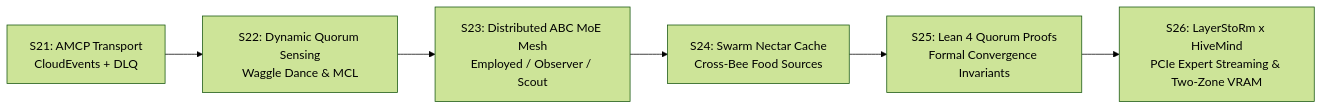
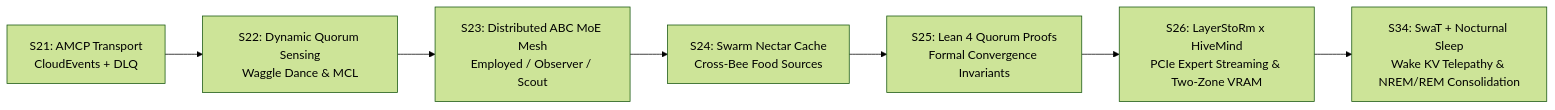
One commit to xaviercallens/HiveMind changed the diagram in docs/ROADMAP_AMCP_AGENT_MESH_KAFKA_EVOLUTION.md. Above: the diagram before and after it, drawn with Mermaid (forest theme). The commit also changed other lines of this file and 9 other files, not shown here.

Commit message:
feat(s34,sleep): integrate Language Models Need Sleep (arXiv:2606.03979v2) with SwaT (arXiv:2610.15095) and add Swarm developer tracks HM-S34-01..10

````diff
--- a/docs/ROADMAP_AMCP_AGENT_MESH_KAFKA_EVOLUTION.md
+++ b/docs/ROADMAP_AMCP_AGENT_MESH_KAFKA_EVOLUTION.md
@@ -35,8 +35,10 @@
 ```mermaid
 flowchart LR
     S21[S21: AMCP Transport<br>CloudEvents + DLQ] --> S22[S22: Dynamic Quorum Sensing<br>Waggle Dance & MCL]
     S22 --> S23[S23: Distributed ABC MoE Mesh<br>Employed / Observer / Scout]
     S23 --> S24[S24: Swarm Nectar Cache<br>Cross-Bee Food Sources]
     S24 --> S25[S25: Lean 4 Quorum Proofs<br>Formal Convergence Invariants]
     S25 --> S26[S26: LayerStoRm x HiveMind<br>PCIe Expert Streaming & Two-Zone VRAM]
+
+    S26 --> S34[S34: SwaT + Nocturnal Sleep<br>Wake KV Telepathy & NREM/REM Consolidation]
 ```
````
